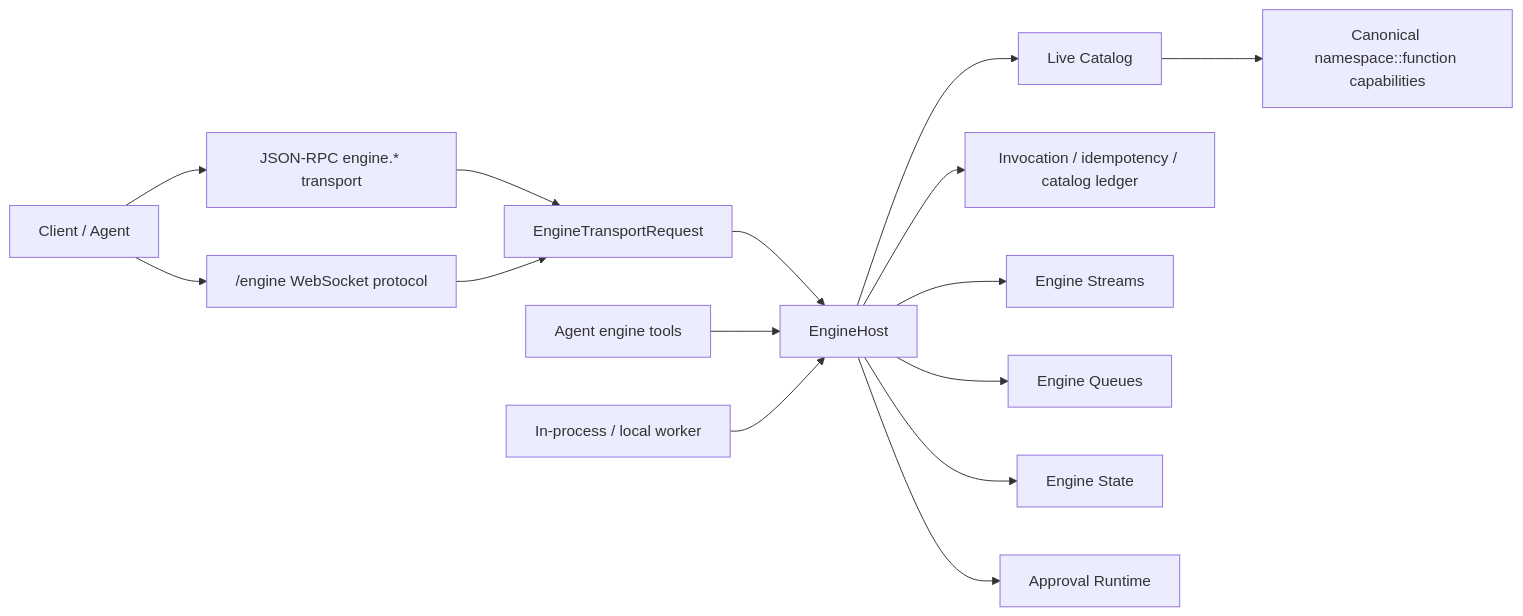
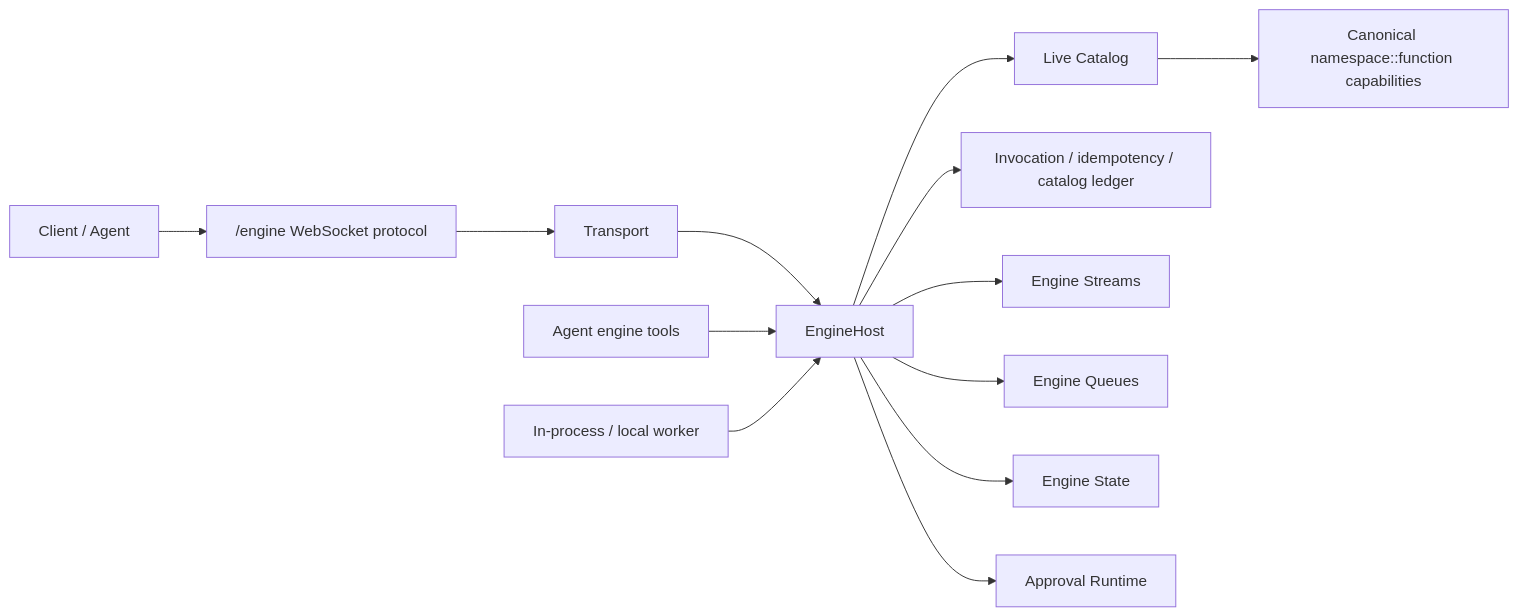
One commit to mhismail3/tron changed the diagram in packages/agent/docs/engine-redesign/README.md. Above: the diagram before and after it, drawn with Mermaid. The commit also changed other lines of this file and 70 other files, not shown here.

Commit message:
Cut over clients to engine protocol

````diff
--- a/packages/agent/docs/engine-redesign/README.md
+++ b/packages/agent/docs/engine-redesign/README.md
@@ -54,17 +47,15 @@
 ```mermaid
 flowchart LR
-  Client["Client / Agent"] --> JsonRpc["JSON-RPC engine.* transport"]
-  Client --> EngineWs["/engine WebSocket protocol"]
-  JsonRpc --> Transport["EngineTransportRequest"]
+  Client["Client / Agent"] --> EngineWs["/engine WebSocket protocol"]
   EngineWs --> Transport
   Transport --> Engine["EngineHost"]
   AgentTool["Agent engine tools"] --> Engine
   Worker["In-process / local worker"] --> Engine
   Engine --> Catalog["Live Catalog"]
   Engine --> Ledger["Invocation / idempotency / catalog ledger"]
   Engine --> Streams["Engine Streams"]
   Engine --> Queue["Engine Queues"]
   Engine --> State["Engine State"]
   Engine --> Approval["Approval Runtime"]
   Catalog --> Capability["Canonical namespace::function capabilities"]
 ```
````
